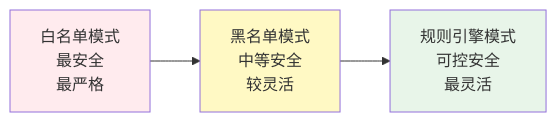
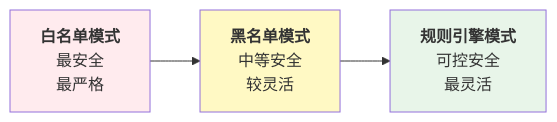
One commit to yeasy/harness_engineering_guide changed the second of 3 diagrams in 03_principles/3.1_constraint_first.md. Above: the diagram before and after it, drawn with Mermaid. The commit also changed other lines of this file and 26 other files, not shown here.

Commit message:
Add bold titles to Mermaid diagram nodes

````diff
--- a/03_principles/3.1_constraint_first.md
+++ b/03_principles/3.1_constraint_first.md
@@ -306,9 +306,9 @@
 ```mermaid
 graph LR
-    A["白名单模式<br/>最安全<br/>最严格"] --> B["黑名单模式<br/>中等安全<br/>较灵活"]
-    B --> C["规则引擎模式<br/>可控安全<br/>最灵活"]
+    A["<b>白名单模式</b><br/>最安全<br/>最严格"] --> B["<b>黑名单模式</b><br/>中等安全<br/>较灵活"]
+    B --> C["<b>规则引擎模式</b><br/>可控安全<br/>最灵活"]
 
     style A fill:#ffebee
     style B fill:#fff9c4
     style C fill:#e8f5e9
 ```
````
